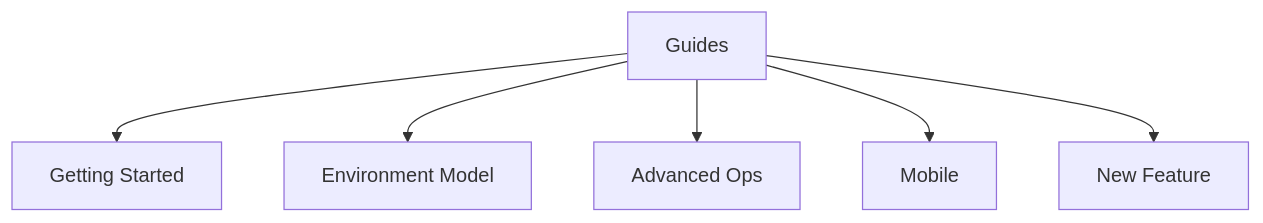
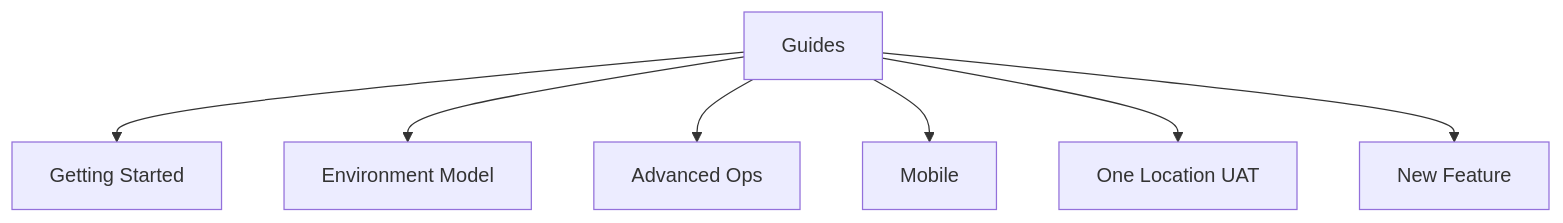
Before and after one commit to hushh-labs/hushh-research: the diagram in docs/guides/README.md, drawn with Mermaid. The commit also changed other lines of this file and 180 other files, not shown here.

````diff
--- a/docs/guides/README.md
+++ b/docs/guides/README.md
@@ -7,15 +7,17 @@
 ```mermaid
 flowchart TD
   root["Guides"]
   start["Getting Started"]
   env["Environment Model"]
   ops["Advanced Ops"]
   mobile["Mobile"]
+  location["One Location UAT"]
   feature["New Feature"]
 
   root --> start
   root --> env
   root --> ops
   root --> mobile
+  root --> location
   root --> feature
 ```
````
